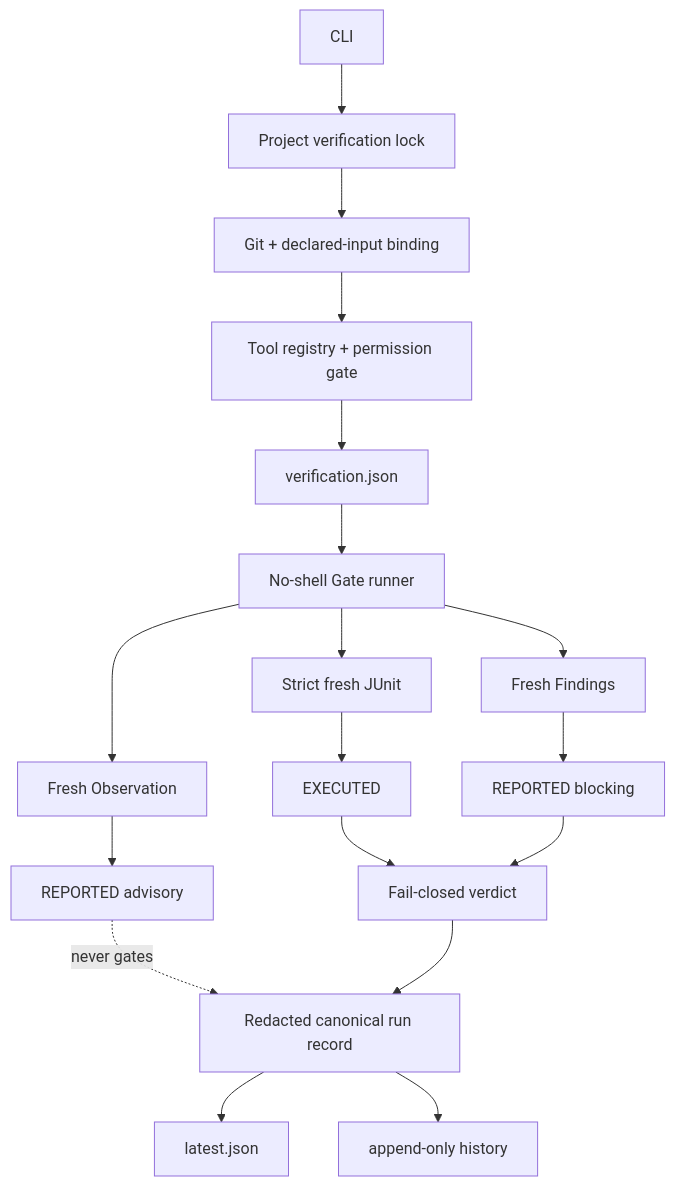
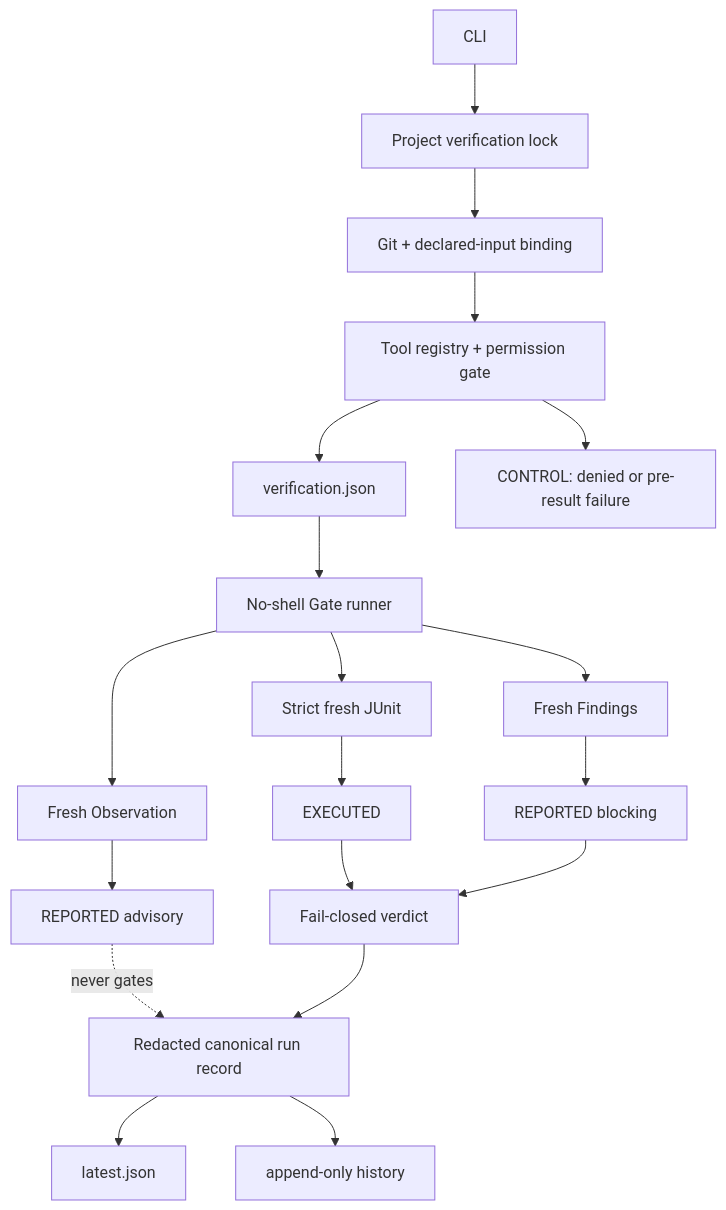
Before and after one commit to yeongwanho/backend-team-harness: the first of 2 diagrams in docs/ARCHITECTURE.md, drawn with Mermaid. The commit also changed other lines of this file and 27 other files, not shown here.

````diff
--- a/docs/ARCHITECTURE.md
+++ b/docs/ARCHITECTURE.md
@@ -11,20 +11,21 @@
 ```mermaid
 flowchart TB
   CLI[CLI] --> Lock[Project verification lock]
   Lock --> Bind[Git + declared-input binding]
   Bind --> Registry[Tool registry + permission gate]
   Registry --> Config[verification.json]
+  Registry --> Control[CONTROL: denied or pre-result failure]
   Config --> Runner[No-shell Gate runner]
   Runner --> JUnit[Strict fresh JUnit]
   Runner --> Findings[Fresh Findings]
   Runner --> Observation[Fresh Observation]
   JUnit --> Executed[EXECUTED]
   Findings --> Reported[REPORTED blocking]
   Observation --> Advisory[REPORTED advisory]
   Executed --> Verdict[Fail-closed verdict]
   Reported --> Verdict
   Advisory -. never gates .-> Record
   Verdict --> Record[Redacted canonical run record]
   Record --> Latest[latest.json]
   Record --> History[append-only history]
 ```
````
